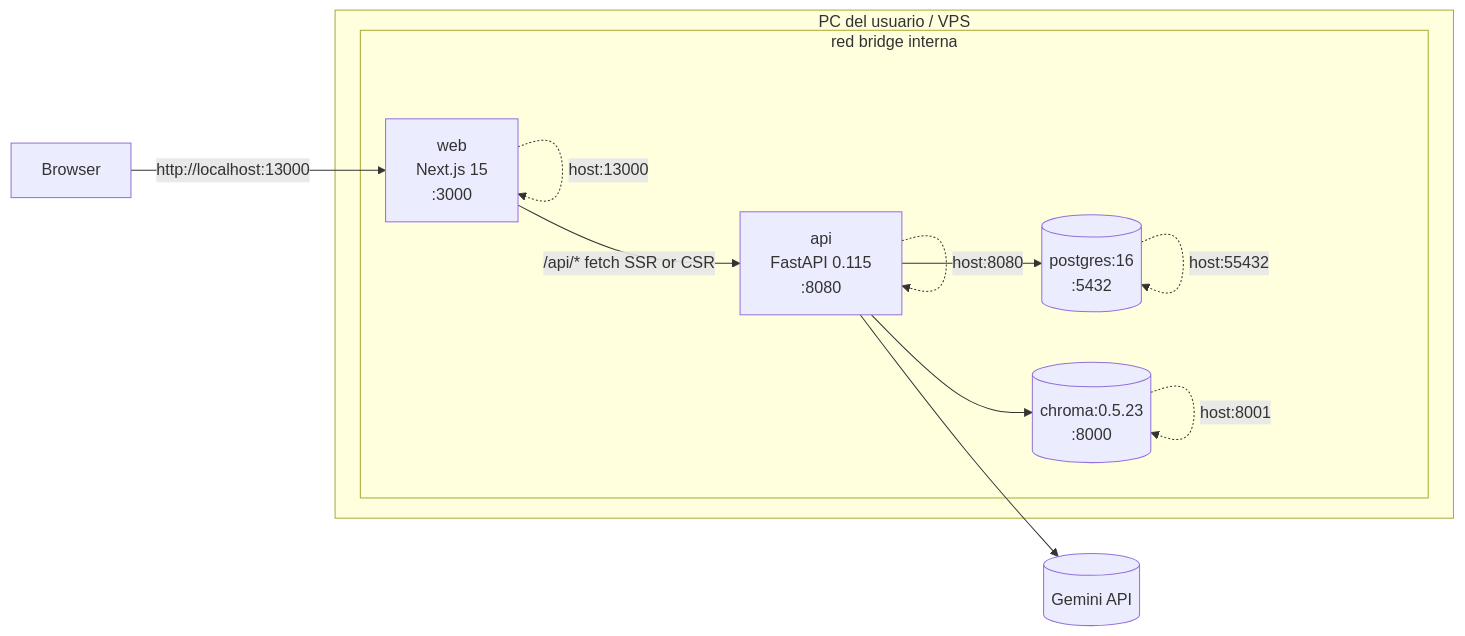
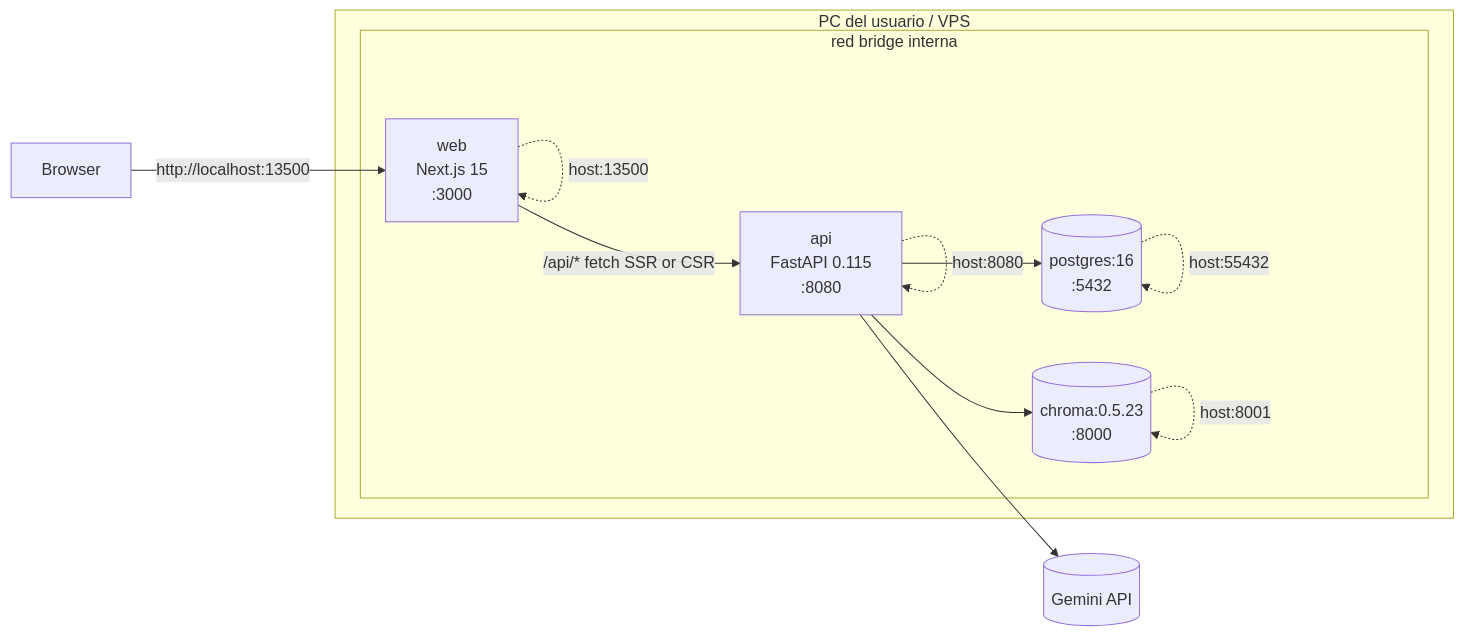
One commit to f3l0X/soc-copilot changed the second of 13 diagrams in docs/09-diagramas.md. Above: the diagram before and after it, drawn with Mermaid. The commit also changed 8 other files, not shown here.

````diff
--- a/docs/09-diagramas.md
+++ b/docs/09-diagramas.md
@@ -56,24 +56,24 @@
 ```mermaid
 graph LR
     subgraph host[PC del usuario / VPS]
         subgraph net[red bridge interna]
             WEB[web<br>Next.js 15<br>:3000]
             API[api<br>FastAPI 0.115<br>:8080]
             PG[(postgres:16<br>:5432)]
             CH[(chroma:0.5.23<br>:8000)]
         end
-        WEB -. host:13000 .-> WEB
+        WEB -. host:13500 .-> WEB
         API -. host:8080 .-> API
         PG -. host:55432 .-> PG
         CH -. host:8001 .-> CH
     end
 
     BROWSER[Browser]
     GEMINI[(Gemini API)]
 
-    BROWSER -->|http://localhost:13000| WEB
+    BROWSER -->|http://localhost:13500| WEB
     WEB -->|/api/* fetch SSR or CSR| API
     API --> PG
     API --> CH
     API --> GEMINI
 ```
````
